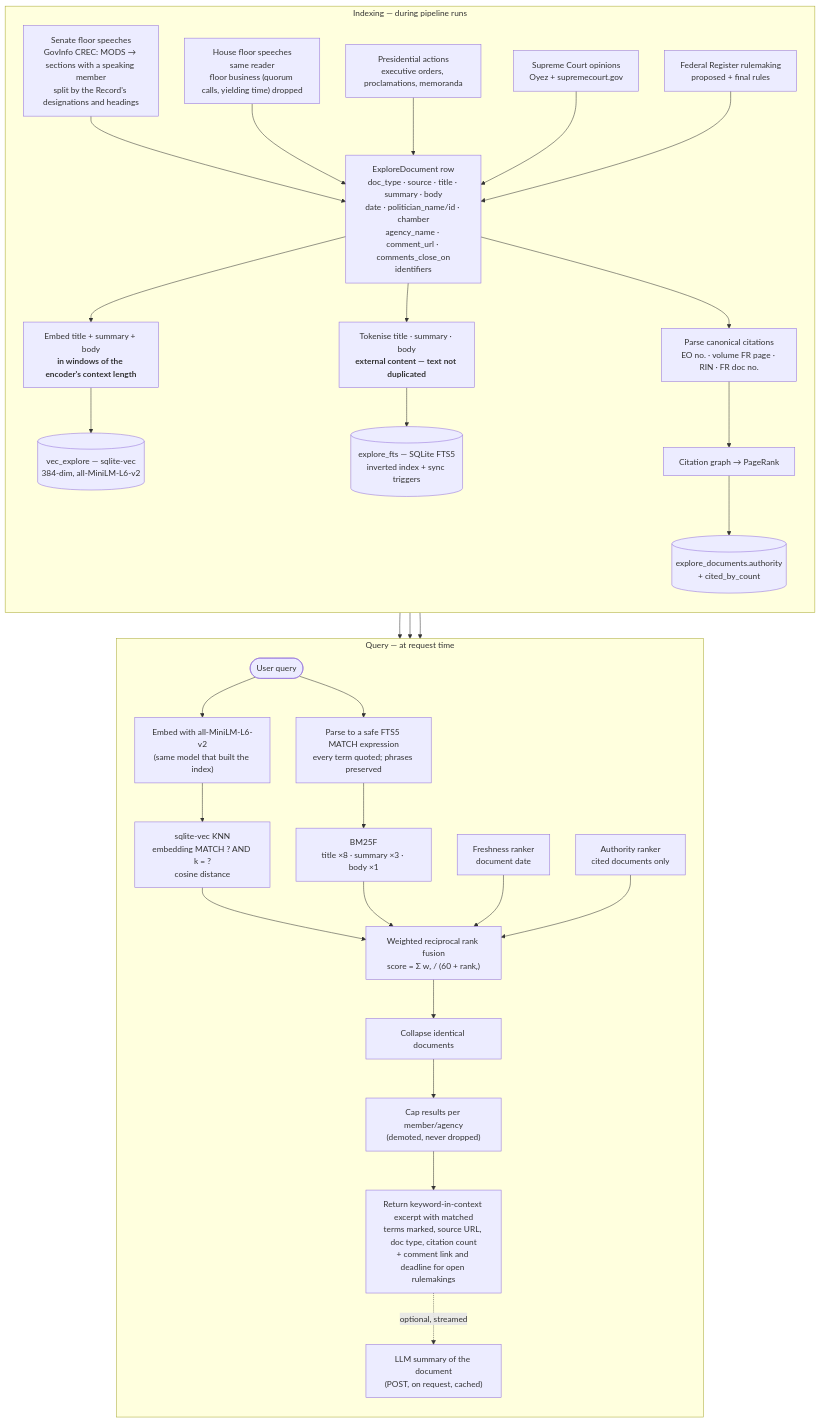
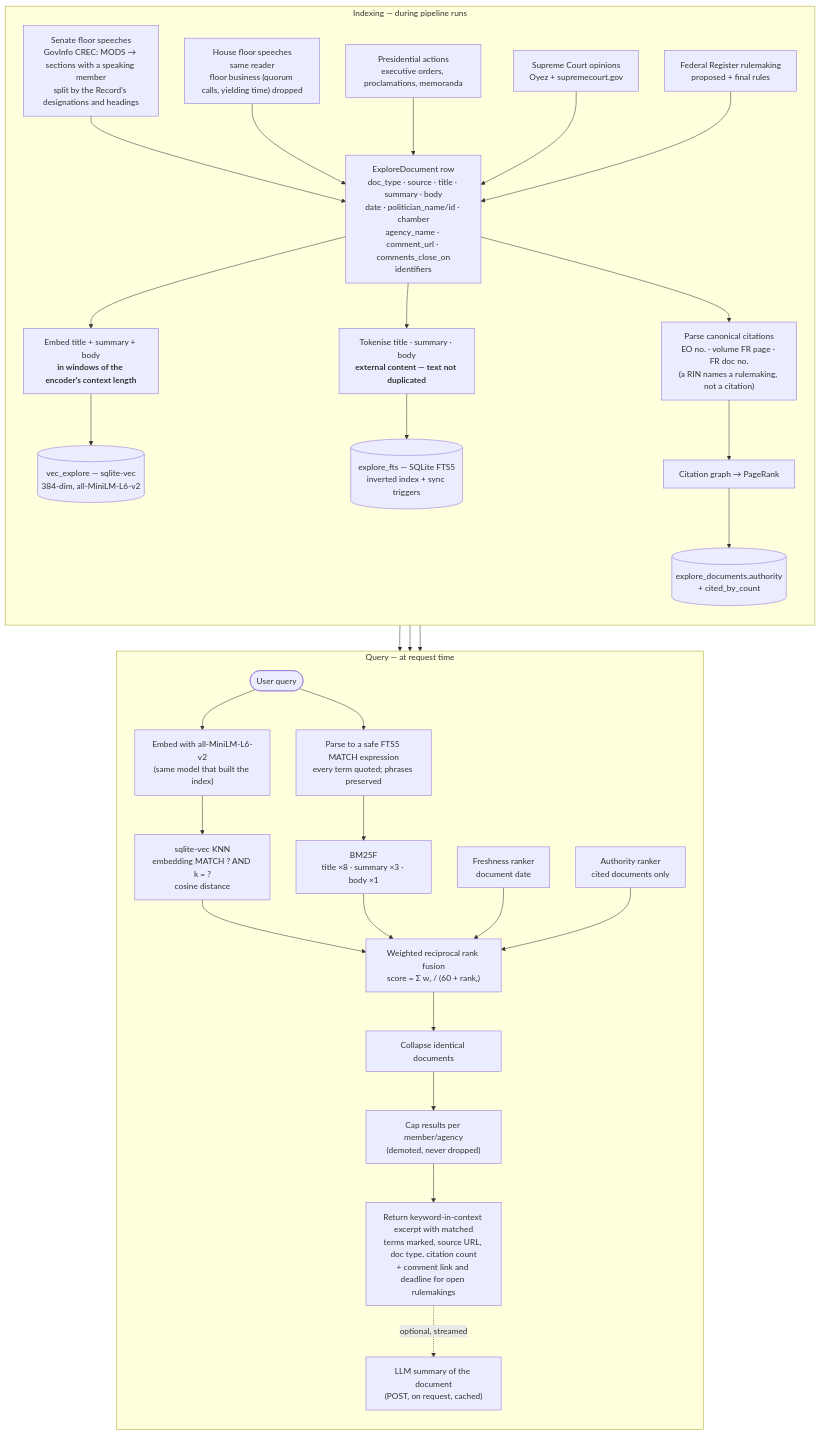
The diagram in docs/diagrams/09-explore-search.md (kamoras/civitas), drawn with Mermaid before and after one commit. The commit also changed other lines of this file and 16 other files, not shown here.

First line of the commit message:
Public API + Explore: site ranks, justice filter, open comment links, citation graph without RINs, honest body extent (#903)

````diff
--- a/docs/diagrams/09-explore-search.md
+++ b/docs/diagrams/09-explore-search.md
@@ -9,53 +9,53 @@
 ```mermaid
 flowchart TB
     subgraph INDEX["Indexing — during pipeline runs"]
         direction TB
         S1["Senate floor speeches<br/>GovInfo CREC: MODS → sections with a speaking member<br/>split by the Record's designations and headings"]
         S2["House floor speeches<br/>same reader<br/>floor business (quorum calls, yielding time) dropped"]
         S3["Presidential actions<br/>executive orders, proclamations, memoranda"]
         S4["Supreme Court opinions<br/>Oyez + supremecourt.gov"]
         S5["Federal Register rulemaking<br/>proposed + final rules"]
 
         S1 --> DOC
         S2 --> DOC
         S3 --> DOC
         S4 --> DOC
         S5 --> DOC
 
         DOC["ExploreDocument row<br/>doc_type · source · title · summary · body<br/>date · politician_name/id · chamber<br/>agency_name · comment_url · comments_close_on<br/>identifiers"]
 
         DOC --> EMB["Embed title + summary + body<br/><b>in windows of the encoder's context length</b>"]
         DOC --> FTS["Tokenise title · summary · body<br/><b>external content — text not duplicated</b>"]
-        DOC --> CITE["Parse canonical citations<br/>EO no. · volume FR page · RIN · FR doc no."]
+        DOC --> CITE["Parse canonical citations<br/>EO no. · volume FR page · FR doc no.<br/>(a RIN names a rulemaking, not a citation)"]
 
         EMB --> UPSERT[("vec_explore — sqlite-vec<br/>384-dim, all-MiniLM-L6-v2")]
         FTS --> FTSIDX[("explore_fts — SQLite FTS5<br/>inverted index + sync triggers")]
         CITE --> GRAPH["Citation graph → PageRank"]
         GRAPH --> AUTH[("explore_documents.authority<br/>+ cited_by_count")]
     end
 
     subgraph QUERY["Query — at request time"]
         direction TB
         Q(["User query"])
         Q --> QEMB["Embed with all-MiniLM-L6-v2<br/>(same model that built the index)"]
         Q --> QPARSE["Parse to a safe FTS5 MATCH expression<br/>every term quoted; phrases preserved"]
 
         QEMB --> ANN["sqlite-vec KNN<br/>embedding MATCH ? AND k = ?<br/>cosine distance"]
         QPARSE --> BM25["BM25F<br/>title ×8 · summary ×3 · body ×1"]
 
         ANN --> FUSE
         BM25 --> FUSE
         FRESH["Freshness ranker<br/>document date"] --> FUSE
         AUTHR["Authority ranker<br/>cited documents only"] --> FUSE
 
         FUSE["Weighted reciprocal rank fusion<br/>score = Σ wᵣ / (60 + rankᵣ)"]
         FUSE --> DEDUP["Collapse identical documents"]
         DEDUP --> DIV["Cap results per member/agency<br/>(demoted, never dropped)"]
         DIV --> OUT["Return keyword-in-context excerpt with matched<br/>terms marked, source URL, doc type, citation count<br/>+ comment link and deadline for open rulemakings"]
         OUT -.->|"optional, streamed"| SUM["LLM summary of the document<br/>(POST, on request, cached)"]
     end
 
     UPSERT --> ANN
     FTSIDX --> BM25
     AUTH --> AUTHR
 ```
````
